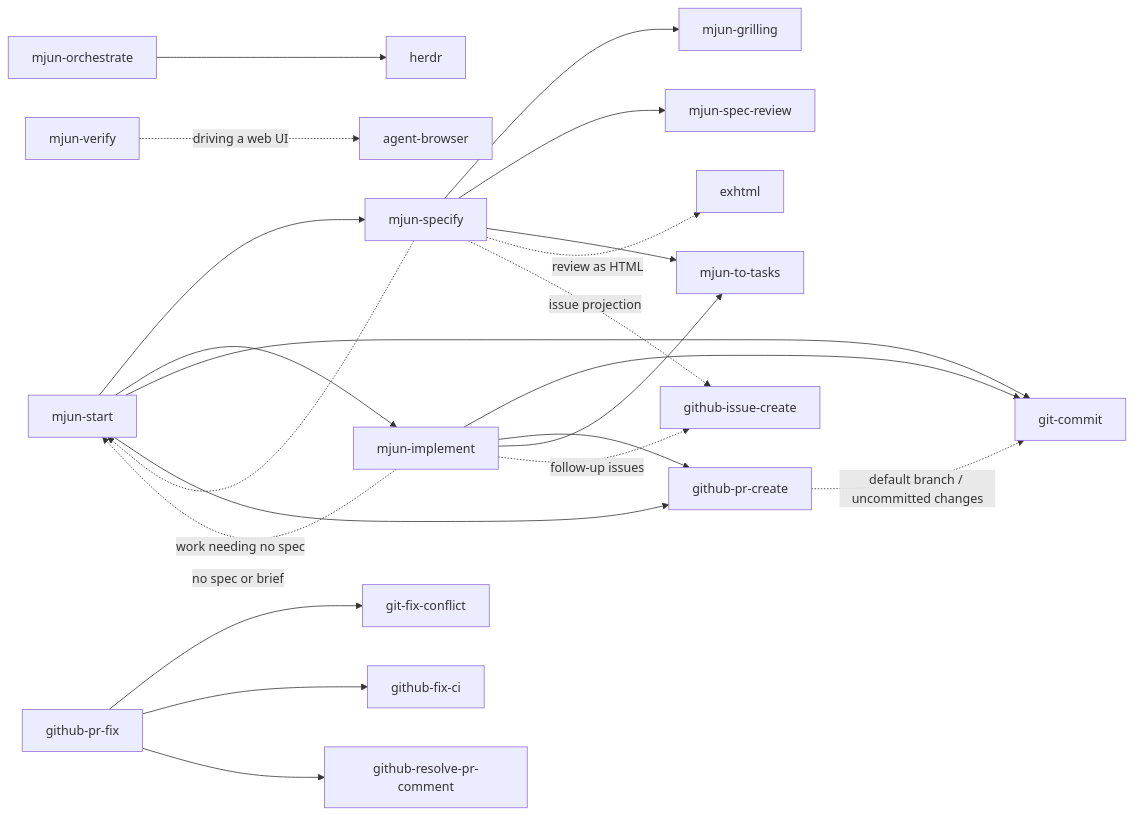
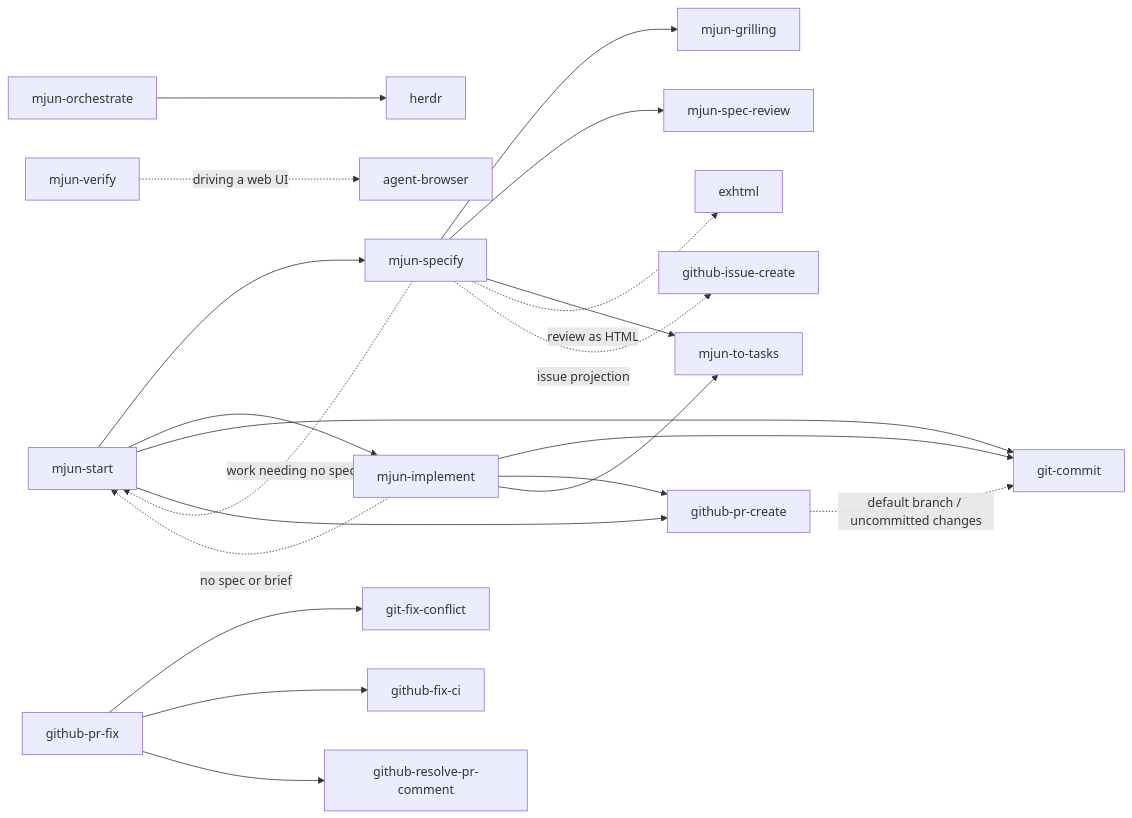
One commit to mjun0812/dotfiles changed the diagram in doc/skills.md. Above: the diagram before and after it, drawn with Mermaid. The commit also changed other lines of this file and 3 other files, not shown here.

First line of the commit message:
feat: stop asking to file follow-up issues in mjun-implement

````diff
--- a/doc/skills.md
+++ b/doc/skills.md
@@ -141,30 +141,29 @@
 ```mermaid
 graph LR
     github-pr-create -. default branch / uncommitted changes .-> git-commit
 
     mjun-start --> mjun-specify
     mjun-start --> mjun-implement
     mjun-start --> git-commit
     mjun-start --> github-pr-create
 
     mjun-specify -. work needing no spec .-> mjun-start
     mjun-specify --> mjun-grilling
     mjun-specify --> mjun-spec-review
     mjun-specify --> mjun-to-tasks
     mjun-specify -. review as HTML .-> exhtml
     mjun-specify -. issue projection .-> github-issue-create
 
     mjun-implement --> git-commit
     mjun-implement --> github-pr-create
     mjun-implement --> mjun-to-tasks
-    mjun-implement -. follow-up issues .-> github-issue-create
     mjun-implement -. no spec or brief .-> mjun-start
 
     mjun-orchestrate --> herdr
 
     mjun-verify -. driving a web UI .-> agent-browser
 
     github-pr-fix --> git-fix-conflict
     github-pr-fix --> github-fix-ci
     github-pr-fix --> github-resolve-pr-comment
 ```
````
